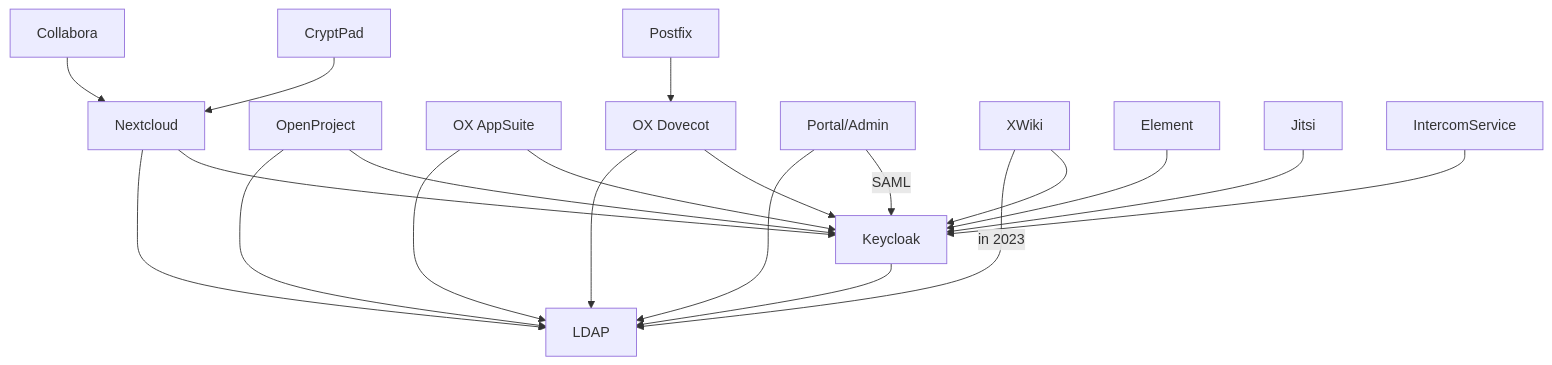
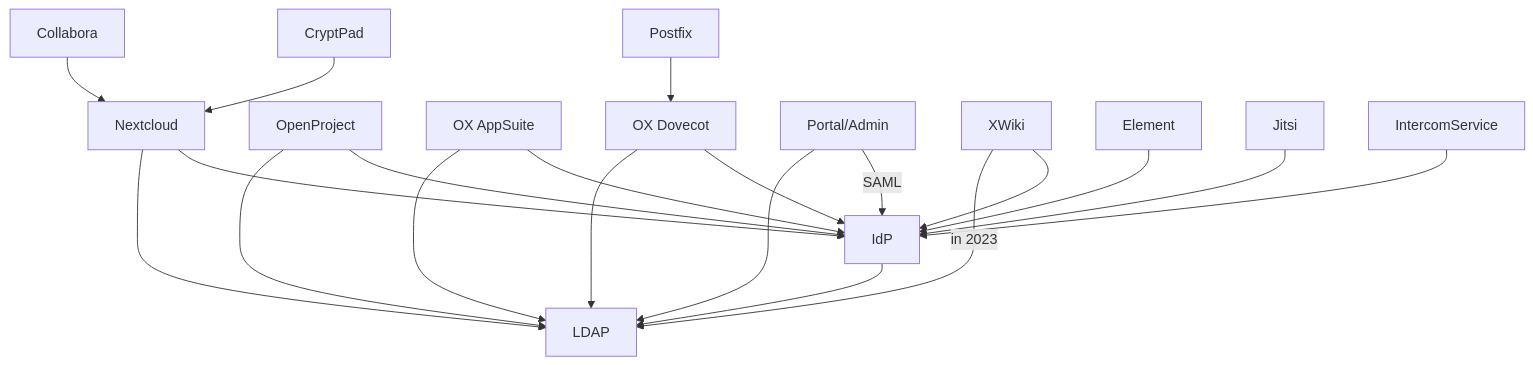
The second of 2 diagrams in docs/components.md (tobias-weiss-ai-xr/opendesk-edu), drawn with Mermaid before and after one commit. The commit also changed other lines of this file and 52 other files, not shown here.

````diff
--- a/docs/components.md
+++ b/docs/components.md
@@ -122,22 +119,22 @@
 ```mermaid
 flowchart TD
-    K[Keycloak]-->L[LDAP]
+    K[IdP]-->L[LDAP]
     N[Nextcloud]-->L
     O[OpenProject] --> L
     A[OX AppSuite]-->L
     D[OX Dovecot]-->L
     P[Portal/Admin]-->L
     X[XWiki]-->|in 2023|L
     A-->K
     N-->K
     D-->K
     O-->K
     X-->K
     P-->|SAML|K
     E[Element]-->K
     J[Jitsi]-->K
     I[IntercomService]-->K
     C[Collabora]-->N
     R[CryptPad]-->N
     F[Postfix]-->D
 ```
````
